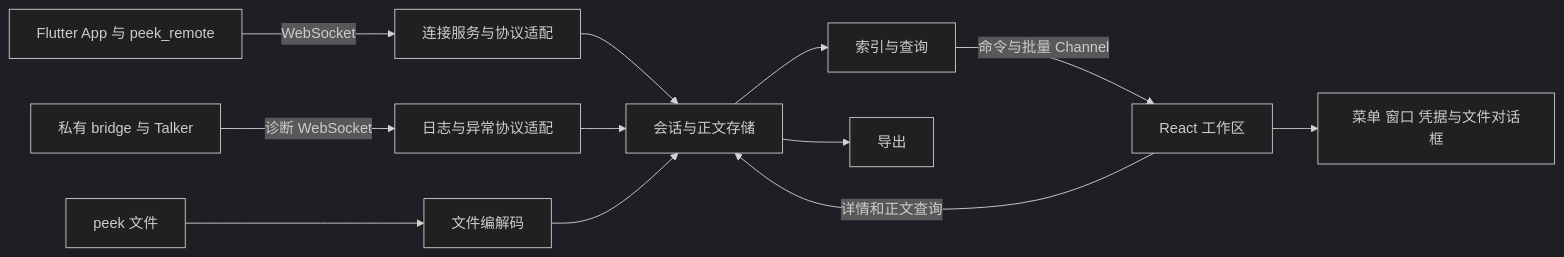
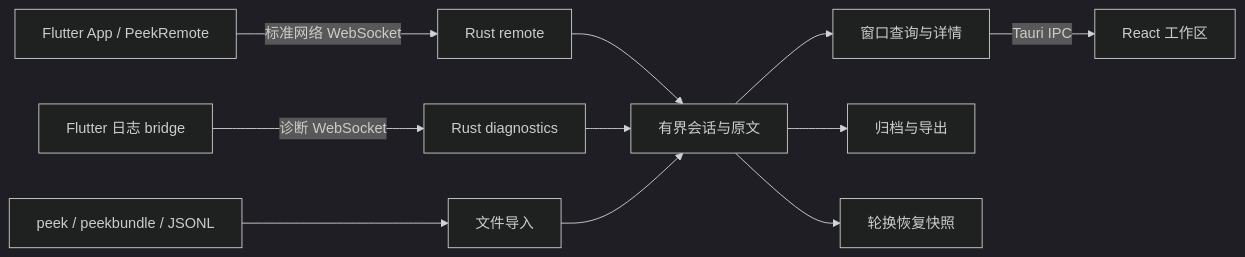
The diagram in docs/技术方案.md (lx8s8/peek-desktop), drawn with Mermaid (dark theme) before and after one commit. The commit also changed other lines of this file and 14 other files, not shown here.

````diff
--- a/docs/技术方案.md
+++ b/docs/技术方案.md
@@ -173,14 +9,13 @@
 ```mermaid
 flowchart LR
-    App[Flutter App 与 peek_remote] -->|WebSocket| Host[连接服务与协议适配]
-    Logs[私有 bridge 与 Talker] -->|诊断 WebSocket| Diagnostics[日志与异常协议适配]
-    File[peek 文件] --> FileIO[文件编解码]
-    Host --> Store[会话与正文存储]
+    App[Flutter App / PeekRemote] -->|标准网络 WebSocket| Remote[Rust remote]
+    Bridge[Flutter 日志 bridge] -->|诊断 WebSocket| Diagnostics[Rust diagnostics]
+    File[peek / peekbundle / JSONL] --> Storage[文件导入]
+    Remote --> Store[有界会话与原文]
     Diagnostics --> Store
-    FileIO --> Store
-    Store --> Query[索引与查询]
-    Store --> Export[导出]
-    Query -->|命令与批量 Channel| UI[React 工作区]
-    UI -->|详情和正文查询| Store
-    UI --> Platform[菜单 窗口 凭据与文件对话框]
+    Storage --> Store
+    Store --> Query[窗口查询与详情]
+    Query -->|Tauri IPC| UI[React 工作区]
+    Store --> Export[归档与导出]
+    Store --> Recovery[轮换恢复快照]
 ```
````
